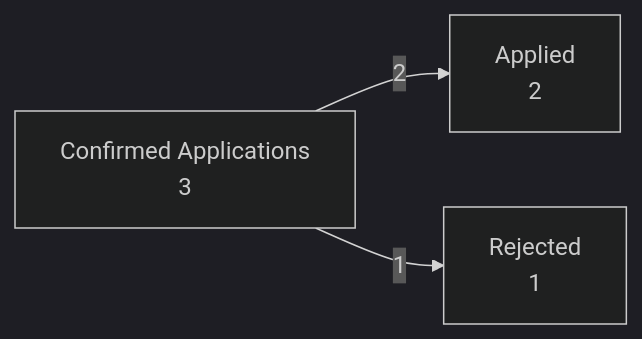
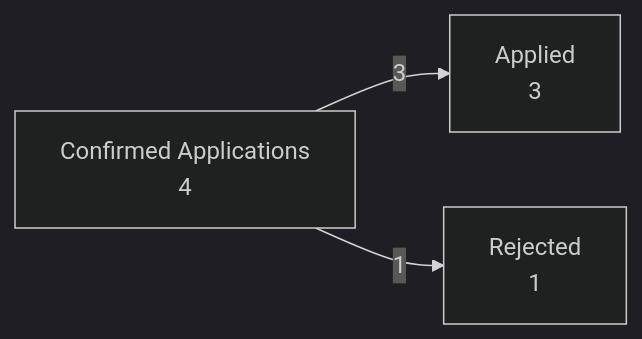
Before and after one commit to suhas-sunder/job-apps: the diagram in Dashboard.md, drawn with Mermaid (dark theme). The commit also changed other lines of this file, not shown here.

````diff
--- a/Dashboard.md
+++ b/Dashboard.md
@@ -14,5 +14,5 @@
 ```mermaid
 flowchart LR
-    S["Confirmed Applications<br/>3"] -->|2| A["Applied<br/>2"]
+    S["Confirmed Applications<br/>4"] -->|3| A["Applied<br/>3"]
     S -->|1| R["Rejected<br/>1"]
 ```
````
